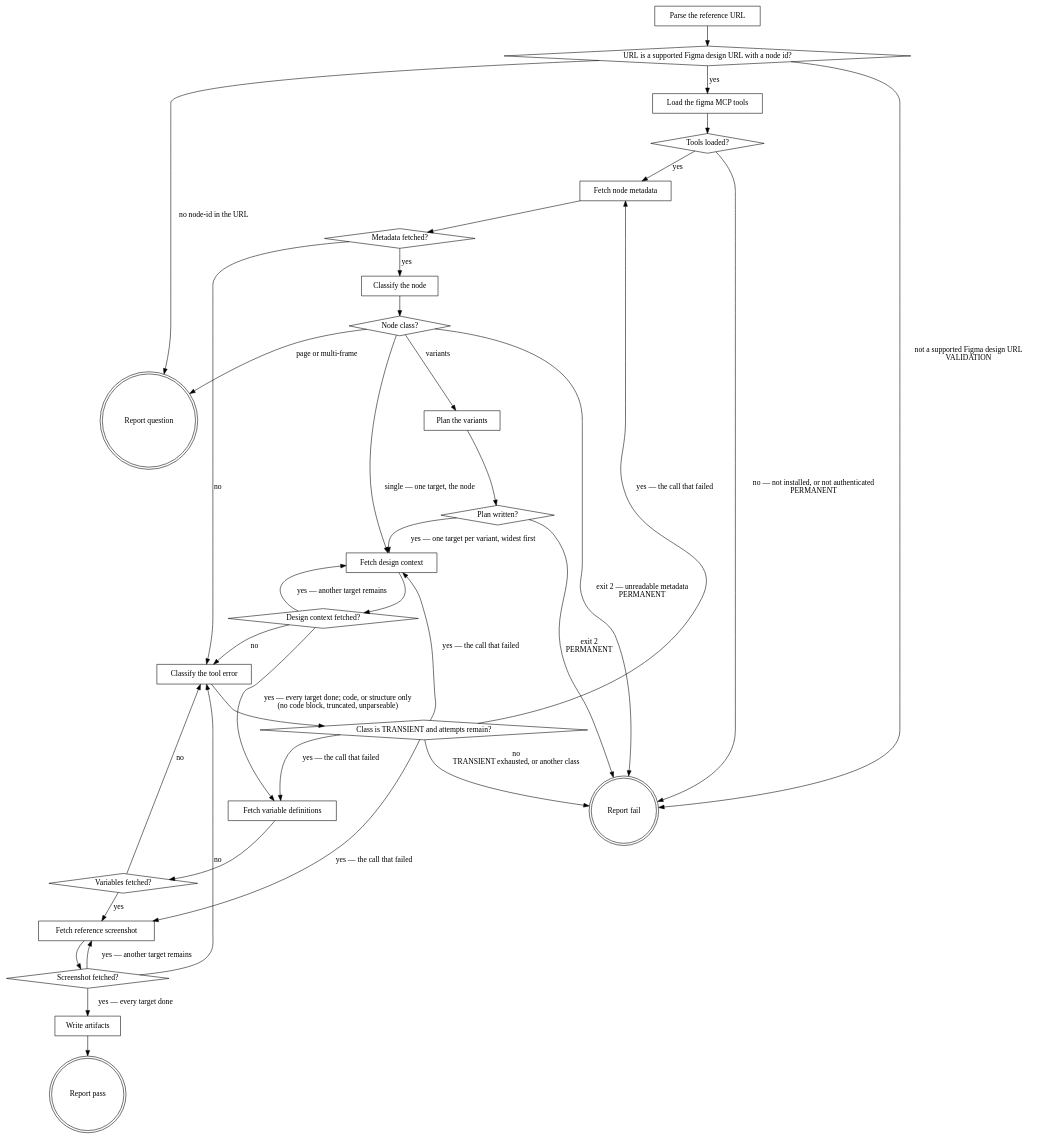
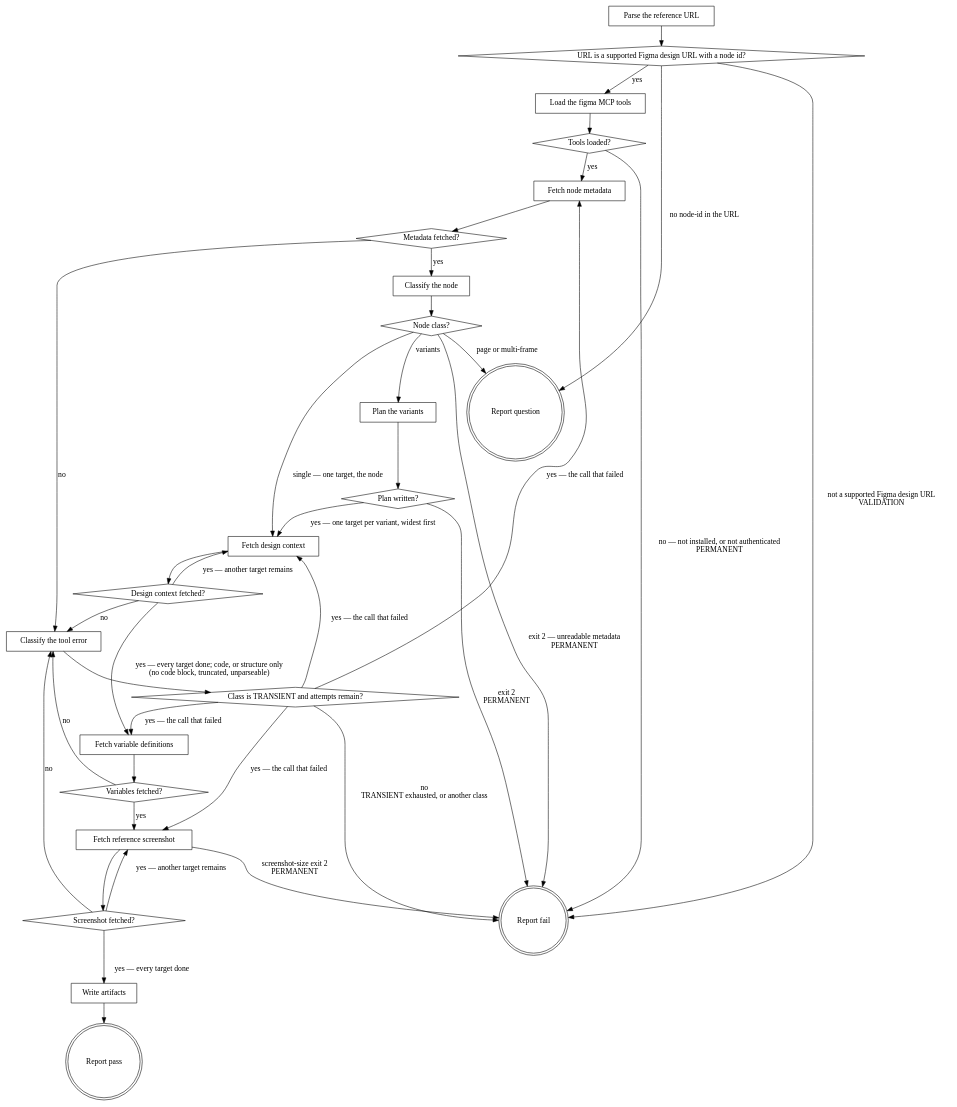
One commit to agenticDraft/aem-eds-ai-workflow-demo changed the diagram in plugins/figma/skills/fetch-reference/SKILL.md. Above: the diagram before and after it, drawn with Graphviz. The commit also changed other lines of this file and 3 other files, not shown here.

First line of the commit message:
eds-verify-design captures at each variant's width; eds-verify pairs each capture by breakpoint; fetch-reference sizes screenshots to the node

````diff
--- a/plugins/figma/skills/fetch-reference/SKILL.md
+++ b/plugins/figma/skills/fetch-reference/SKILL.md
@@ -41,63 +41,64 @@
 ```dot
 digraph fetch_reference {
     "Parse the reference URL" [shape=box];
     "URL is a supported Figma design URL with a node id?" [shape=diamond];
     "Load the figma MCP tools" [shape=box];
     "Tools loaded?" [shape=diamond];
     "Fetch node metadata" [shape=box];
     "Metadata fetched?" [shape=diamond];
     "Classify the node" [shape=box];
     "Node class?" [shape=diamond];
     "Plan the variants" [shape=box];
     "Plan written?" [shape=diamond];
     "Fetch design context" [shape=box];
     "Design context fetched?" [shape=diamond];
     "Fetch variable definitions" [shape=box];
     "Variables fetched?" [shape=diamond];
     "Fetch reference screenshot" [shape=box];
     "Screenshot fetched?" [shape=diamond];
     "Classify the tool error" [shape=box];
     "Class is TRANSIENT and attempts remain?" [shape=diamond];
     "Write artifacts" [shape=box];
     "Report pass" [shape=doublecircle];
     "Report fail" [shape=doublecircle];
     "Report question" [shape=doublecircle];
 
     "Parse the reference URL" -> "URL is a supported Figma design URL with a node id?";
     "URL is a supported Figma design URL with a node id?" -> "Load the figma MCP tools" [label="yes"];
     "URL is a supported Figma design URL with a node id?" -> "Report question" [label="no node-id in the URL"];
     "URL is a supported Figma design URL with a node id?" -> "Report fail" [label="not a supported Figma design URL\nVALIDATION"];
     "Load the figma MCP tools" -> "Tools loaded?";
     "Tools loaded?" -> "Fetch node metadata" [label="yes"];
     "Tools loaded?" -> "Report fail" [label="no — not installed, or not authenticated\nPERMANENT"];
     "Fetch node metadata" -> "Metadata fetched?";
     "Metadata fetched?" -> "Classify the node" [label="yes"];
     "Classify the node" -> "Node class?";
     "Node class?" -> "Fetch design context" [label="single — one target, the node"];
     "Node class?" -> "Plan the variants" [label="variants"];
     "Node class?" -> "Report question" [label="page or multi-frame"];
     "Node class?" -> "Report fail" [label="exit 2 — unreadable metadata\nPERMANENT"];
     "Plan the variants" -> "Plan written?";
     "Plan written?" -> "Fetch design context" [label="yes — one target per variant, widest first"];
     "Plan written?" -> "Report fail" [label="exit 2\nPERMANENT"];
     "Metadata fetched?" -> "Classify the tool error" [label="no"];
     "Fetch design context" -> "Design context fetched?";
     "Design context fetched?" -> "Fetch design context" [label="yes — another target remains"];
     "Design context fetched?" -> "Fetch variable definitions" [label="yes — every target done; code, or structure only\n(no code block, truncated, unparseable)"];
     "Design context fetched?" -> "Classify the tool error" [label="no"];
     "Fetch variable definitions" -> "Variables fetched?";
     "Variables fetched?" -> "Fetch reference screenshot" [label="yes"];
     "Variables fetched?" -> "Classify the tool error" [label="no"];
     "Fetch reference screenshot" -> "Screenshot fetched?";
     "Screenshot fetched?" -> "Fetch reference screenshot" [label="yes — another target remains"];
     "Screenshot fetched?" -> "Write artifacts" [label="yes — every target done"];
     "Screenshot fetched?" -> "Classify the tool error" [label="no"];
+    "Fetch reference screenshot" -> "Report fail" [label="screenshot-size exit 2\nPERMANENT"];
     "Classify the tool error" -> "Class is TRANSIENT and attempts remain?";
     "Class is TRANSIENT and attempts remain?" -> "Fetch node metadata" [label="yes — the call that failed"];
     "Class is TRANSIENT and attempts remain?" -> "Fetch design context" [label="yes — the call that failed"];
     "Class is TRANSIENT and attempts remain?" -> "Fetch variable definitions" [label="yes — the call that failed"];
     "Class is TRANSIENT and attempts remain?" -> "Fetch reference screenshot" [label="yes — the call that failed"];
     "Class is TRANSIENT and attempts remain?" -> "Report fail" [label="no\nTRANSIENT exhausted, or another class"];
     "Write artifacts" -> "Report pass";
 }
 ```
````
